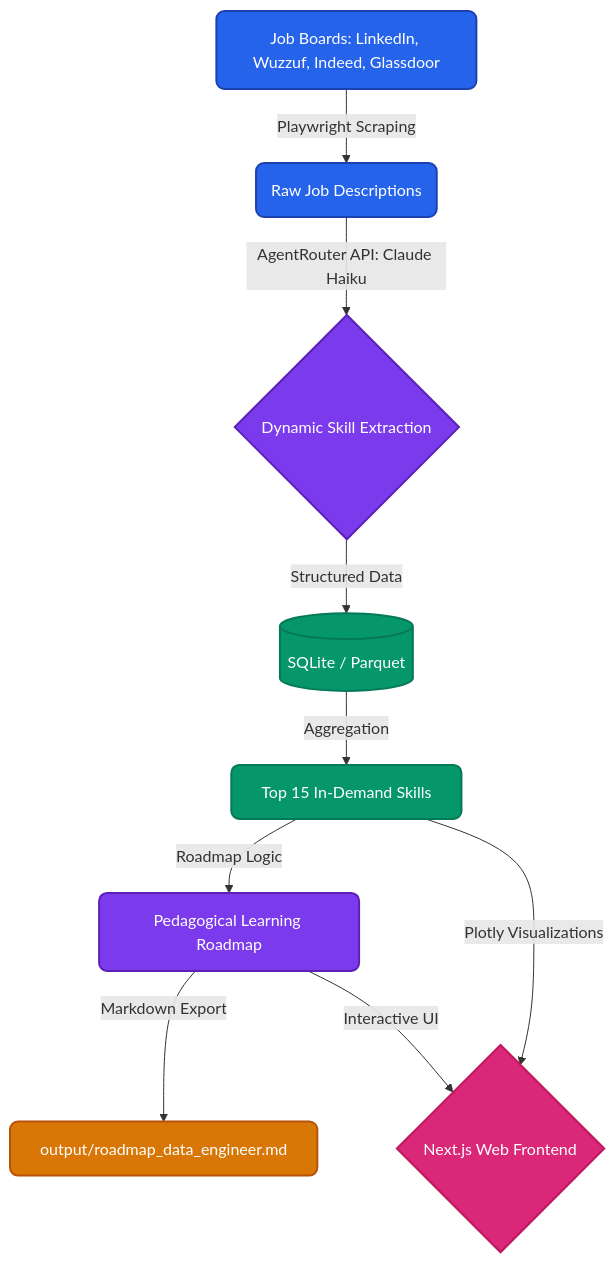
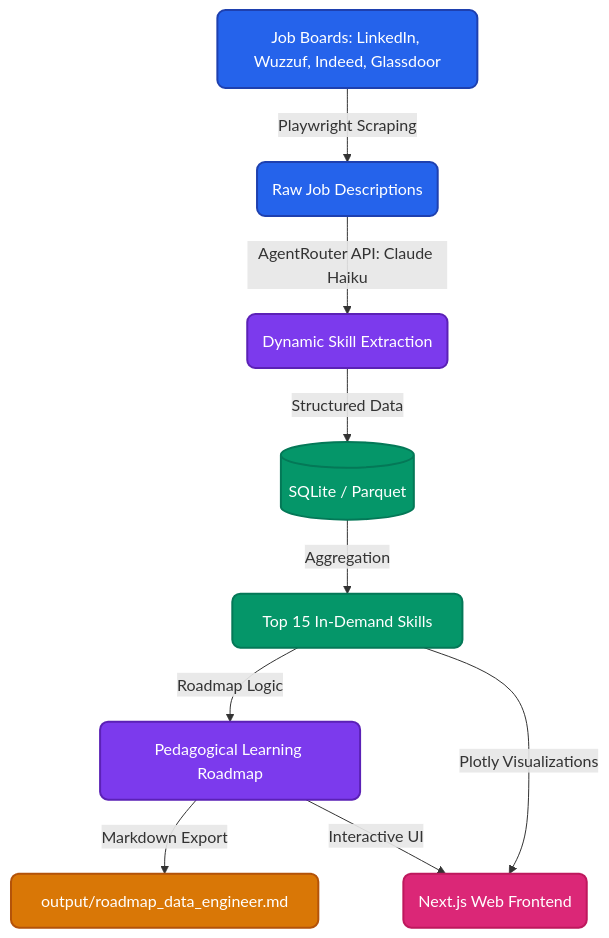
The diagram in README.md (Sohila-Khaled-Abbas/data-career-roadmap-generator), drawn with Mermaid before and after one commit.

Commit message:
docs: update mermaid diagram syntax for improved readability in README

````diff
--- a/README.md
+++ b/README.md
@@ -19,18 +19,18 @@
 ```mermaid
 graph TD
     %% Modern Color Palette and Styles
     classDef scraper fill:#2563eb,stroke:#1e40af,stroke-width:2px,color:#fff,rx:8px,ry:8px
     classDef ai fill:#7c3aed,stroke:#5b21b6,stroke-width:2px,color:#fff,rx:8px,ry:8px
     classDef database fill:#059669,stroke:#047857,stroke-width:2px,color:#fff,rx:8px,ry:8px
     classDef ui fill:#db2777,stroke:#be185d,stroke-width:2px,color:#fff,rx:8px,ry:8px
     classDef file fill:#d97706,stroke:#b45309,stroke-width:2px,color:#fff,rx:8px,ry:8px
 
-    A["Job Boards: LinkedIn, Wuzzuf, Indeed, Glassdoor"]:::scraper -->|"Playwright Scraping"| B("Raw Job Descriptions"):::scraper
-    B -->|"AgentRouter API: Claude Haiku"| C{"Dynamic Skill Extraction"}:::ai
-    C -->|"Structured Data"| D[("SQLite / Parquet")]:::database
-    D -->|"Aggregation"| E["Top 15 In-Demand Skills"]:::database
-    E -->|"Roadmap Logic"| F["Pedagogical Learning Roadmap"]:::ai
-    F -->|"Markdown Export"| G["output/roadmap_data_engineer.md"]:::file
-    E -->|"Plotly Visualizations"| H{"Next.js Web Frontend"}:::ui
-    F -->|"Interactive UI"| H
+    A["Job Boards: LinkedIn, Wuzzuf, Indeed, Glassdoor"]:::scraper -->|Playwright Scraping| B("Raw Job Descriptions"):::scraper
+    B -->|AgentRouter API: Claude Haiku| C("Dynamic Skill Extraction"):::ai
+    C -->|Structured Data| D[("SQLite / Parquet")]:::database
+    D -->|Aggregation| E["Top 15 In-Demand Skills"]:::database
+    E -->|Roadmap Logic| F["Pedagogical Learning Roadmap"]:::ai
+    F -->|Markdown Export| G["output/roadmap_data_engineer.md"]:::file
+    E -->|Plotly Visualizations| H("Next.js Web Frontend"):::ui
+    F -->|Interactive UI| H
 ```
````
